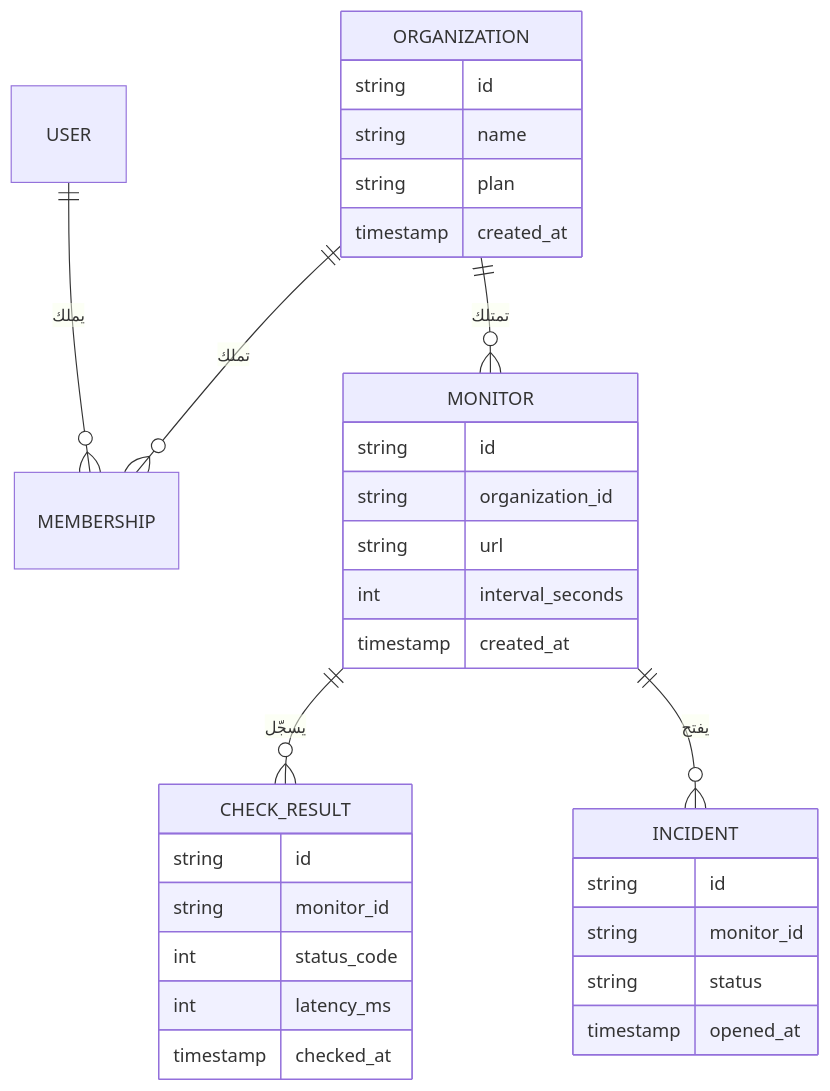
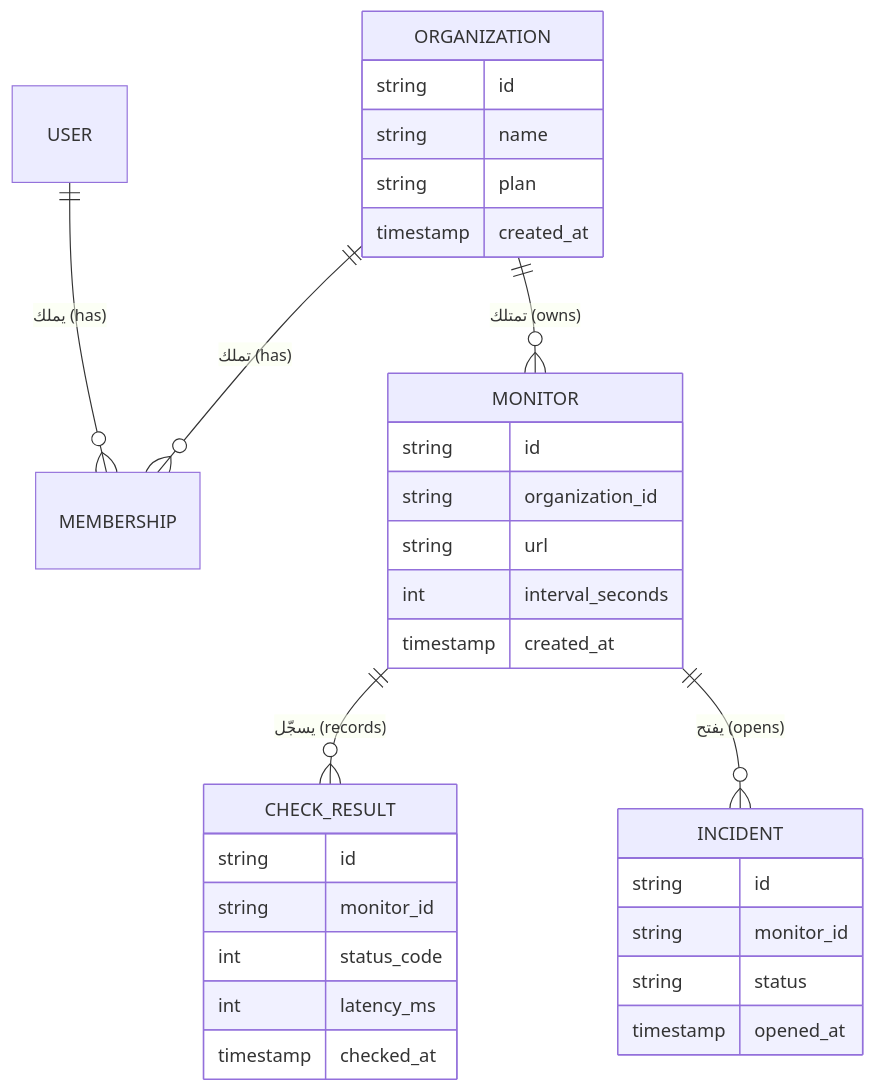
Before and after one commit to Tamoura/system-design-for-vibe-coders: the first of 9 diagrams in saas/modules/02-data.ar.md, drawn with Mermaid. The commit also changed other lines of this file and 62 other files, not shown here.

First line of the commit message:
Arabic editions: English on every diagram label, RTL fixes, rebuild

````diff
--- a/saas/modules/02-data.ar.md
+++ b/saas/modules/02-data.ar.md
@@ -44,34 +44,34 @@
 ```mermaid
 erDiagram
-    ORGANIZATION ||--o{ MEMBERSHIP : "تملك"
-    USER ||--o{ MEMBERSHIP : "يملك"
-    ORGANIZATION ||--o{ MONITOR : "تمتلك"
-    MONITOR ||--o{ CHECK_RESULT : "يسجّل"
-    MONITOR ||--o{ INCIDENT : "يفتح"
+    ORGANIZATION ||--o{ MEMBERSHIP : "تملك (has)"
+    USER ||--o{ MEMBERSHIP : "يملك (has)"
+    ORGANIZATION ||--o{ MONITOR : "تمتلك (owns)"
+    MONITOR ||--o{ CHECK_RESULT : "يسجّل (records)"
+    MONITOR ||--o{ INCIDENT : "يفتح (opens)"
     ORGANIZATION {
         string id
         string name
         string plan
         timestamp created_at
     }
     MONITOR {
         string id
         string organization_id
         string url
         int interval_seconds
         timestamp created_at
     }
     CHECK_RESULT {
         string id
         string monitor_id
         int status_code
         int latency_ms
         timestamp checked_at
     }
     INCIDENT {
         string id
         string monitor_id
         string status
         timestamp opened_at
     }
 ```
````
